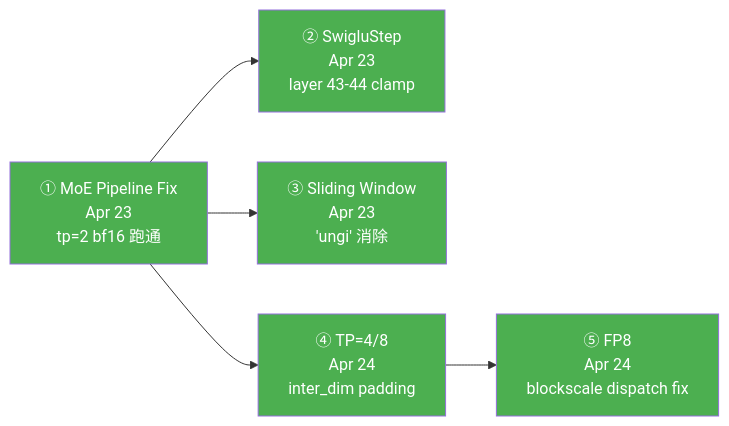
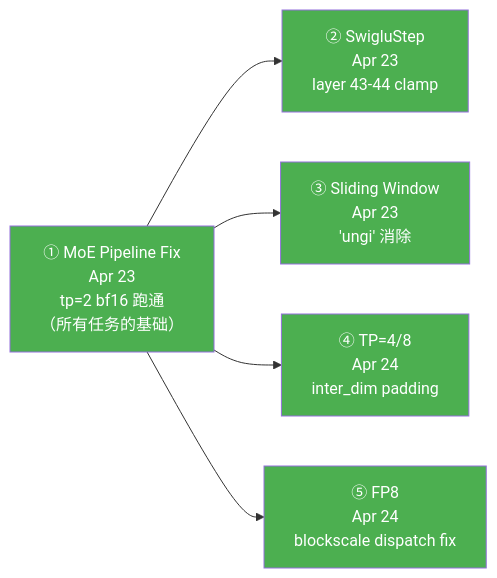
One commit to LJ-underdog/project_summary changed the first of 2 diagrams in step35-flash-support/README.md. Above: the diagram before and after it, drawn with Mermaid. The commit also changed other lines of this file and 3 other files, not shown here.

````diff
--- a/step35-flash-support/README.md
+++ b/step35-flash-support/README.md
@@ -14,13 +14,14 @@
 ```mermaid
 graph LR
-    A["① MoE Pipeline Fix<br/>Apr 23<br/>tp=2 bf16 跑通"] --> B["② SwigluStep<br/>Apr 23<br/>layer 43-44 clamp"]
+    A["① MoE Pipeline Fix<br/>Apr 23<br/>tp=2 bf16 跑通<br/>（所有任务的基础）"]
+    A --> B["② SwigluStep<br/>Apr 23<br/>layer 43-44 clamp"]
     A --> C["③ Sliding Window<br/>Apr 23<br/>'ungi' 消除"]
     A --> D["④ TP=4/8<br/>Apr 24<br/>inter_dim padding"]
-    D --> E["⑤ FP8<br/>Apr 24<br/>blockscale dispatch fix"]
+    A --> E["⑤ FP8<br/>Apr 24<br/>blockscale dispatch fix"]
 
     style A fill:#4CAF50,color:#fff
     style B fill:#4CAF50,color:#fff
     style C fill:#4CAF50,color:#fff
     style D fill:#4CAF50,color:#fff
     style E fill:#4CAF50,color:#fff
 ```
````
